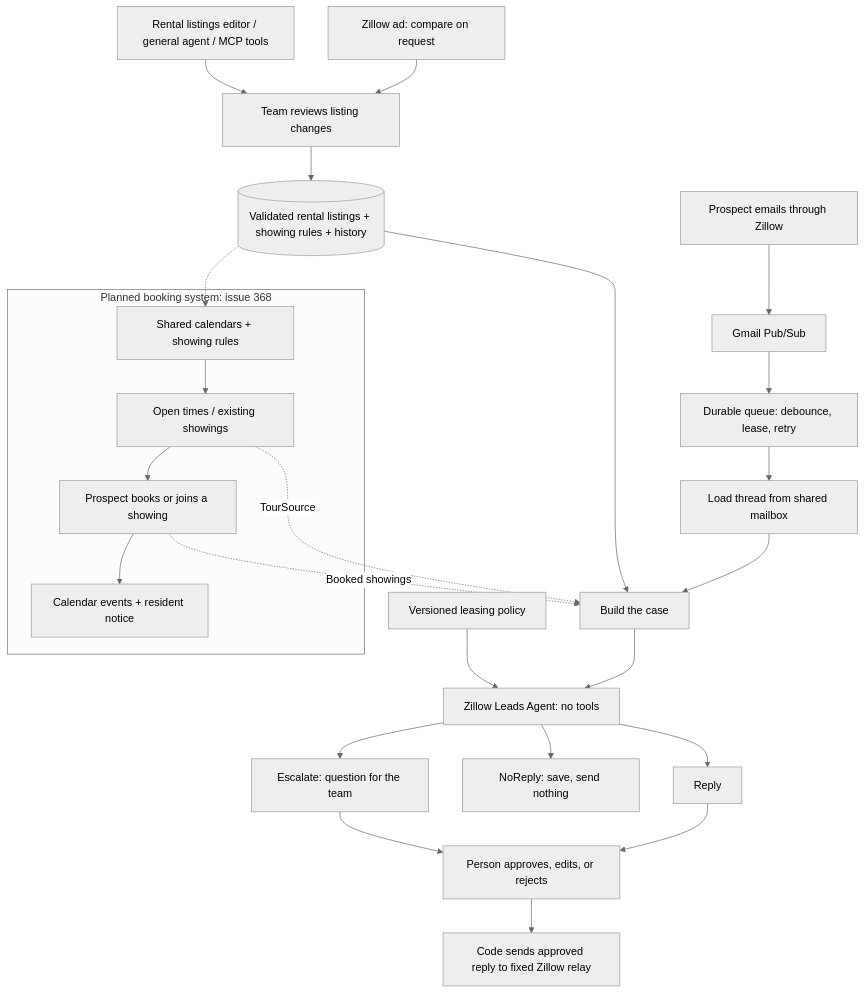
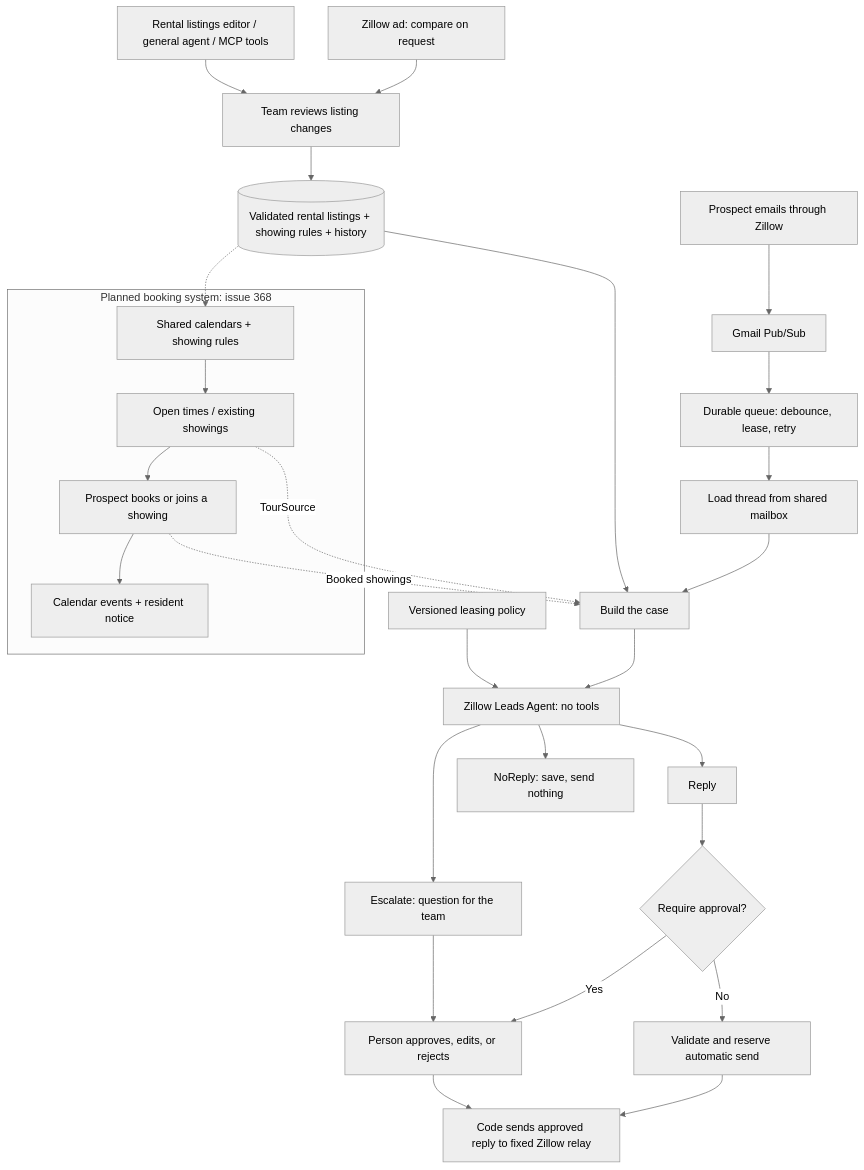
Before and after one commit to EmilioEsposito/portfolio: the diagram in api/src/sernia_ai/zillow_leads/README.md, drawn with Mermaid (neutral theme). The commit also changed other lines of this file and 23 other files, not shown here.

````diff
--- a/api/src/sernia_ai/zillow_leads/README.md
+++ b/api/src/sernia_ai/zillow_leads/README.md
@@ -24,27 +25,30 @@
 ```mermaid
 flowchart TD
     AD[Zillow ad: compare on request] --> REVIEW[Team reviews listing changes]
     EDIT[Rental listings editor / general agent / MCP tools] --> REVIEW
     REVIEW --> DATA[(Validated rental listings + showing rules + history)]
     EMAIL[Prospect emails through Zillow] --> GMAIL[Gmail Pub/Sub]
     GMAIL --> QUEUE[Durable queue: debounce, lease, retry]
     QUEUE --> THREAD[Load thread from shared mailbox]
     THREAD --> CASE[Build the case]
     DATA --> CASE
     CASE --> AGENT[Zillow Leads Agent: no tools]
     POLICY[Versioned leasing policy] --> AGENT
     AGENT --> REPLY[Reply]
     AGENT --> QUIET[NoReply: save, send nothing]
     AGENT --> HELP[Escalate: question for the team]
-    REPLY --> APPROVE[Person approves, edits, or rejects]
+    REPLY --> MODE{Require approval?}
+    MODE -->|Yes| APPROVE[Person approves, edits, or rejects]
+    MODE -->|No| AUTO[Validate and reserve automatic send]
+    AUTO --> SEND
     HELP --> APPROVE
     APPROVE --> SEND[Code sends approved reply to fixed Zillow relay]
     subgraph PLANNED[Planned booking system: issue 368]
         CAL[Shared calendars + showing rules] --> TIMES[Open times / existing showings]
         TIMES --> BOOK[Prospect books or joins a showing]
         BOOK --> EVENTS[Calendar events + resident notice]
     end
     DATA -.-> CAL
     TIMES -. TourSource .-> CASE
     BOOK -. Booked showings .-> CASE
 ```
````
